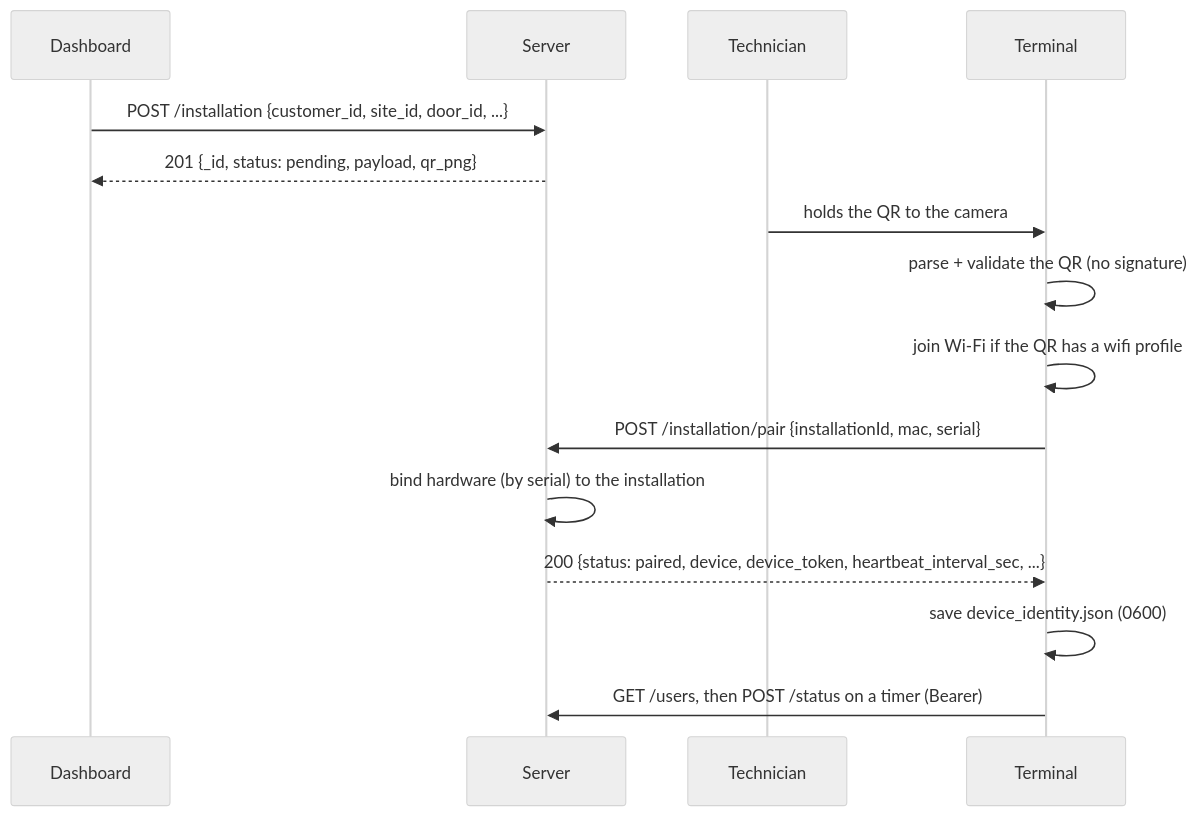
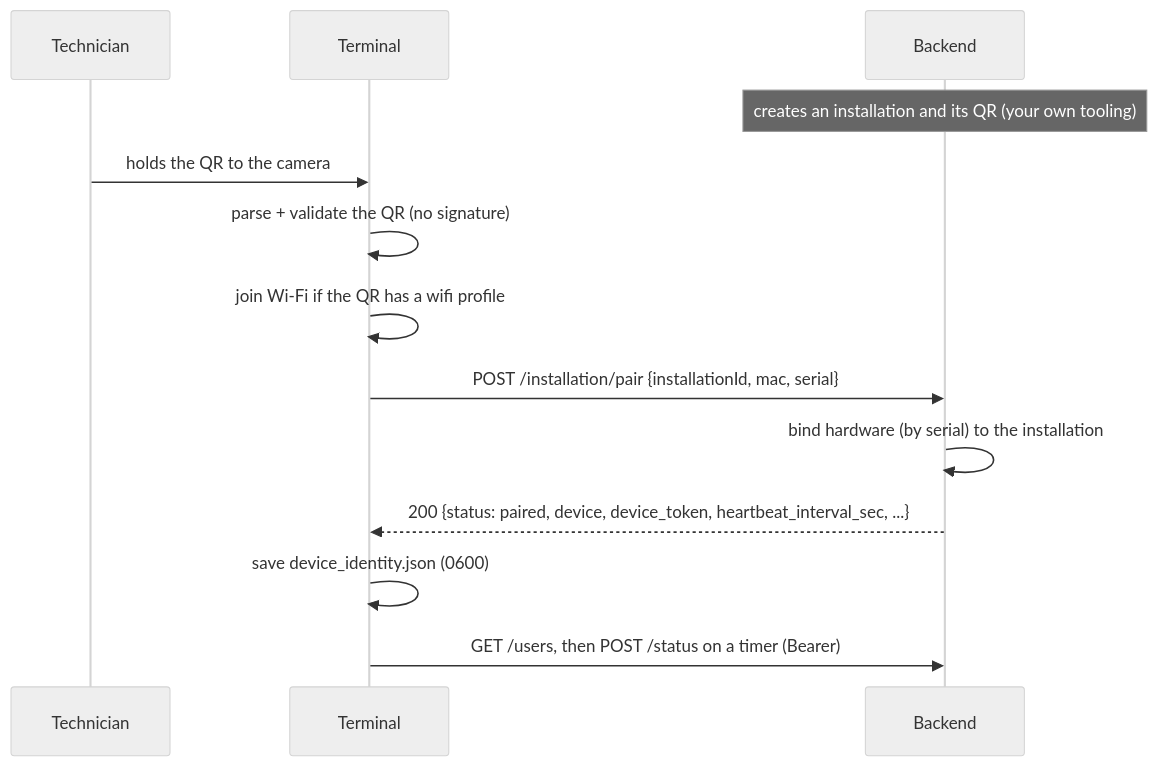
The diagram in docs/DEVICE_SERVER_API.md (gekakud/RSID_Face_Guard), drawn with Mermaid (neutral theme) before and after one commit. The commit also changed other lines of this file and 3 other files, not shown here.

````diff
--- a/docs/DEVICE_SERVER_API.md
+++ b/docs/DEVICE_SERVER_API.md
@@ -84,18 +86,16 @@
 ```mermaid
 sequenceDiagram
-    participant Dash as Dashboard
-    participant Srv as Server
     participant Tech as Technician
     participant Dev as Terminal
+    participant Srv as Backend
 
-    Dash->>Srv: POST /installation {customer_id, site_id, door_id, ...}
-    Srv-->>Dash: 201 {_id, status: pending, payload, qr_png}
+    Note over Srv: creates an installation and its QR (your own tooling)
     Tech->>Dev: holds the QR to the camera
     Dev->>Dev: parse + validate the QR (no signature)
     Dev->>Dev: join Wi-Fi if the QR has a wifi profile
     Dev->>Srv: POST /installation/pair {installationId, mac, serial}
     Srv->>Srv: bind hardware (by serial) to the installation
     Srv-->>Dev: 200 {status: paired, device, device_token, heartbeat_interval_sec, ...}
     Dev->>Dev: save device_identity.json (0600)
     Dev->>Srv: GET /users, then POST /status on a timer (Bearer)
 ```
````
